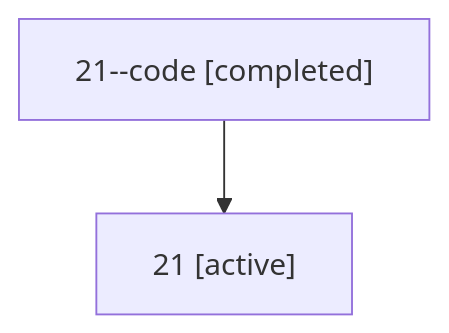
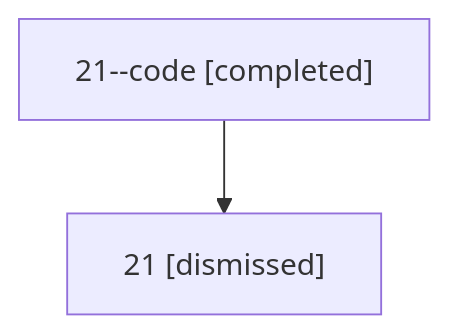
The diagram in sessions/bbugyi200.athena.21.md (bobs-org/bob-cli--agents), drawn with Mermaid before and after one commit. The commit also changed other lines of this file and 14 other files, not shown here.

````diff
--- a/sessions/bbugyi200.athena.21.md
+++ b/sessions/bbugyi200.athena.21.md
@@ -9,6 +9,6 @@
 ```mermaid
 flowchart TD
   n0["21--code [completed]"]
-  n1["21 [active]"]
+  n1["21 [dismissed]"]
   n0 --> n1
 ```
````
